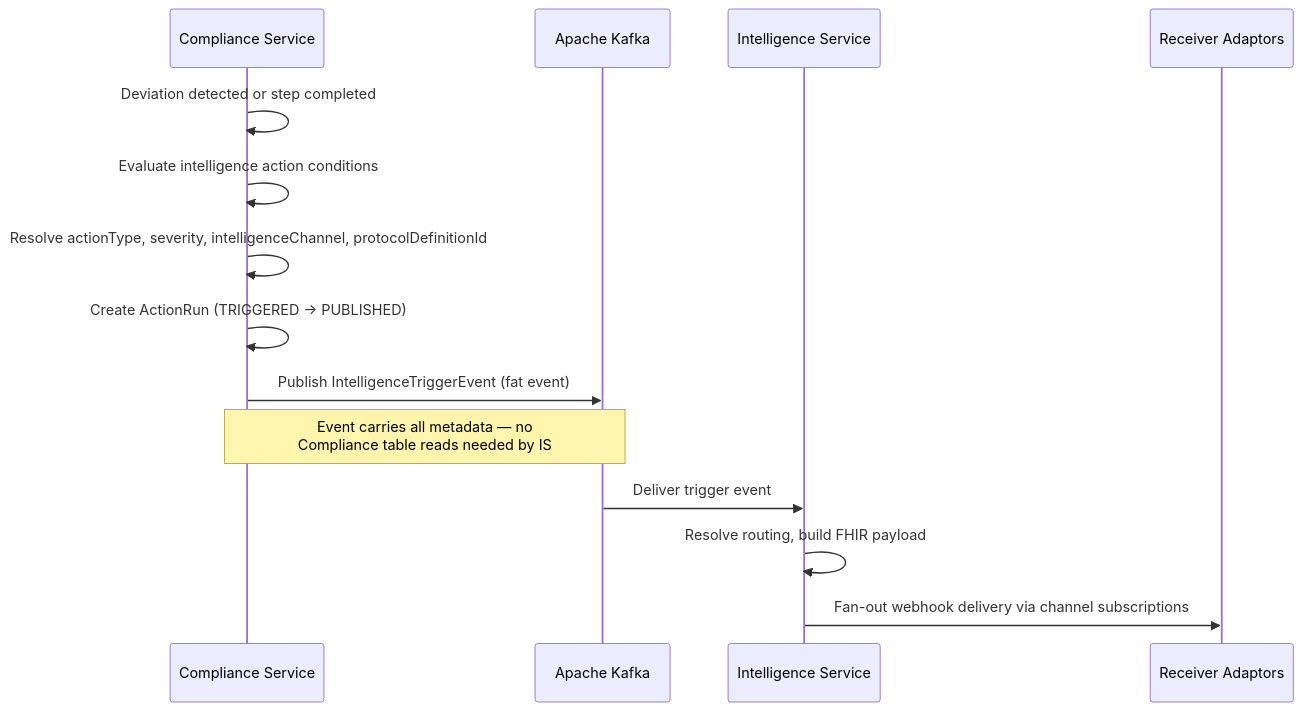
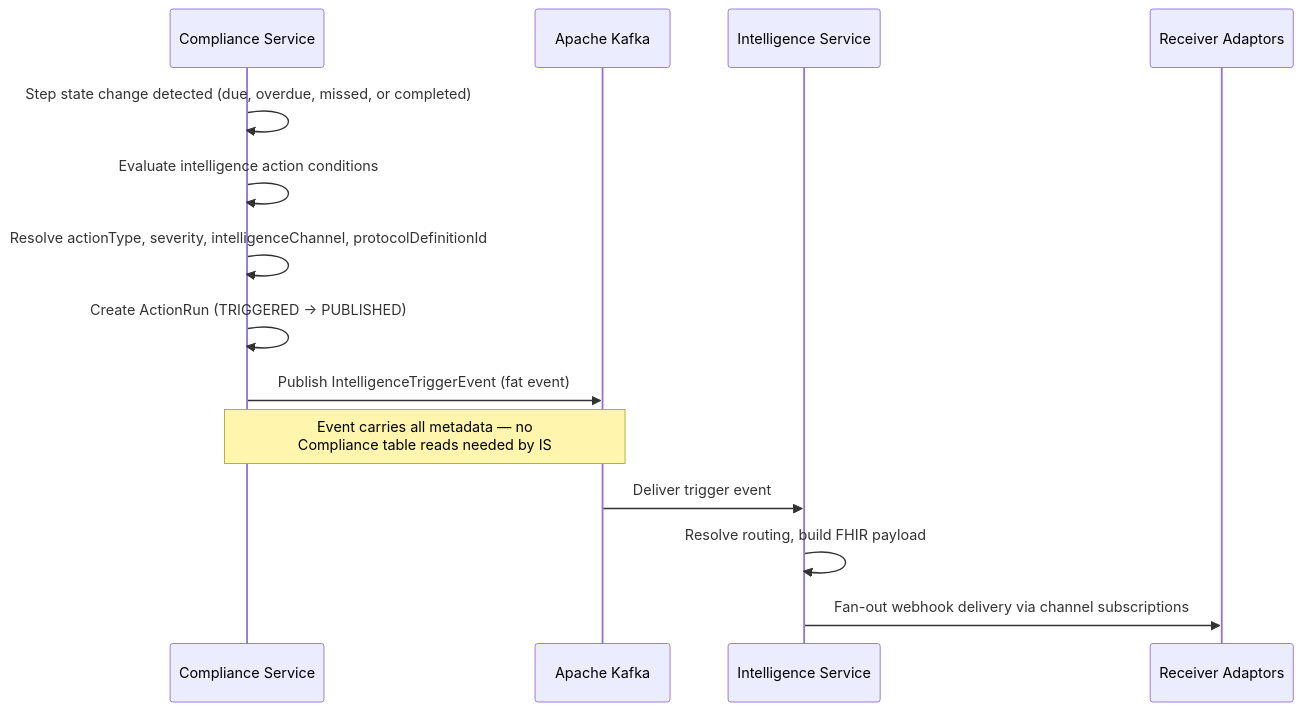
One commit to Jayaprakash8887/cce-intelligence-service changed the second of 6 diagrams in docs/architecture-overview.md. Above: the diagram before and after it, drawn with Mermaid. The commit also changed 4 other files, not shown here.

````diff
--- a/docs/architecture-overview.md
+++ b/docs/architecture-overview.md
@@ -67,17 +67,17 @@
 ```mermaid
 sequenceDiagram
     participant CS as Compliance Service
     participant Kafka as Apache Kafka
     participant IS as Intelligence Service
     participant RA as Receiver Adaptors
 
-    CS->>CS: Deviation detected or step completed
+    CS->>CS: Step state change detected (due, overdue, missed, or completed)
     CS->>CS: Evaluate intelligence action conditions
     CS->>CS: Resolve actionType, severity, intelligenceChannel, protocolDefinitionId
     CS->>CS: Create ActionRun (TRIGGERED → PUBLISHED)
     CS->>Kafka: Publish IntelligenceTriggerEvent (fat event)
     Note over CS,Kafka: Event carries all metadata — no<br/>Compliance table reads needed by IS
     Kafka->>IS: Deliver trigger event
     IS->>IS: Resolve routing, build FHIR payload
     IS->>RA: Fan-out webhook delivery via channel subscriptions
 ```
````
